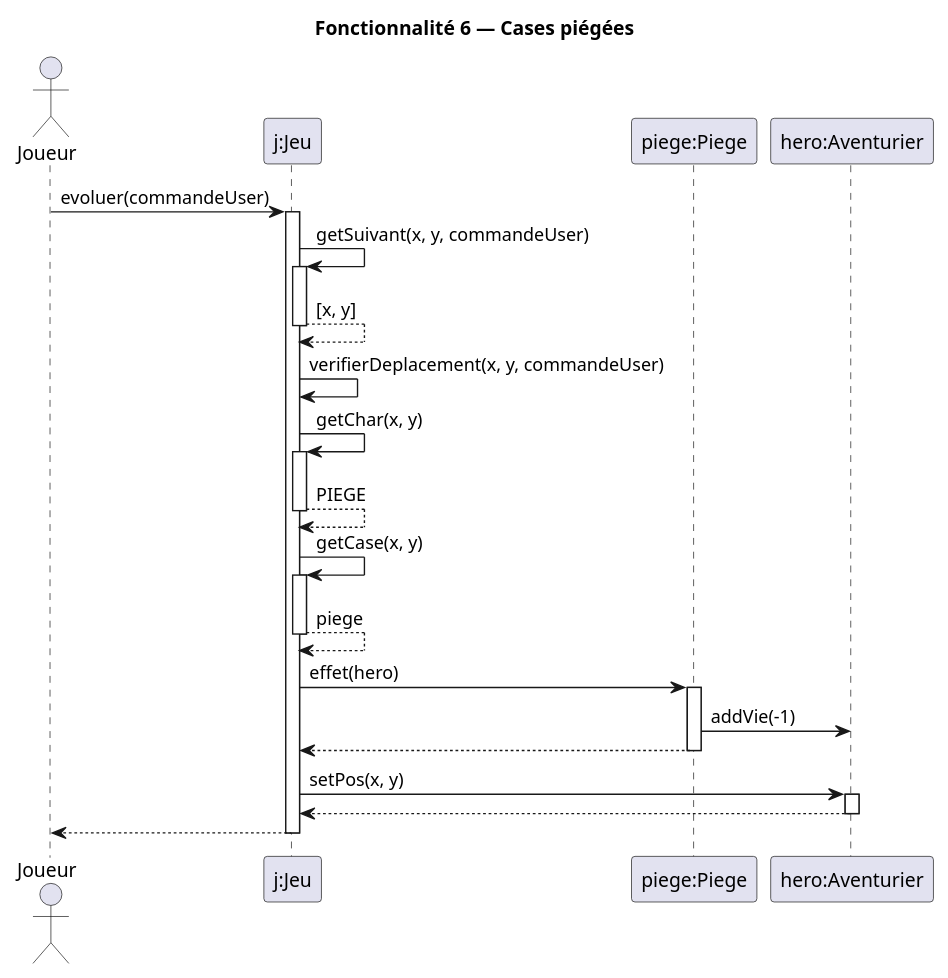
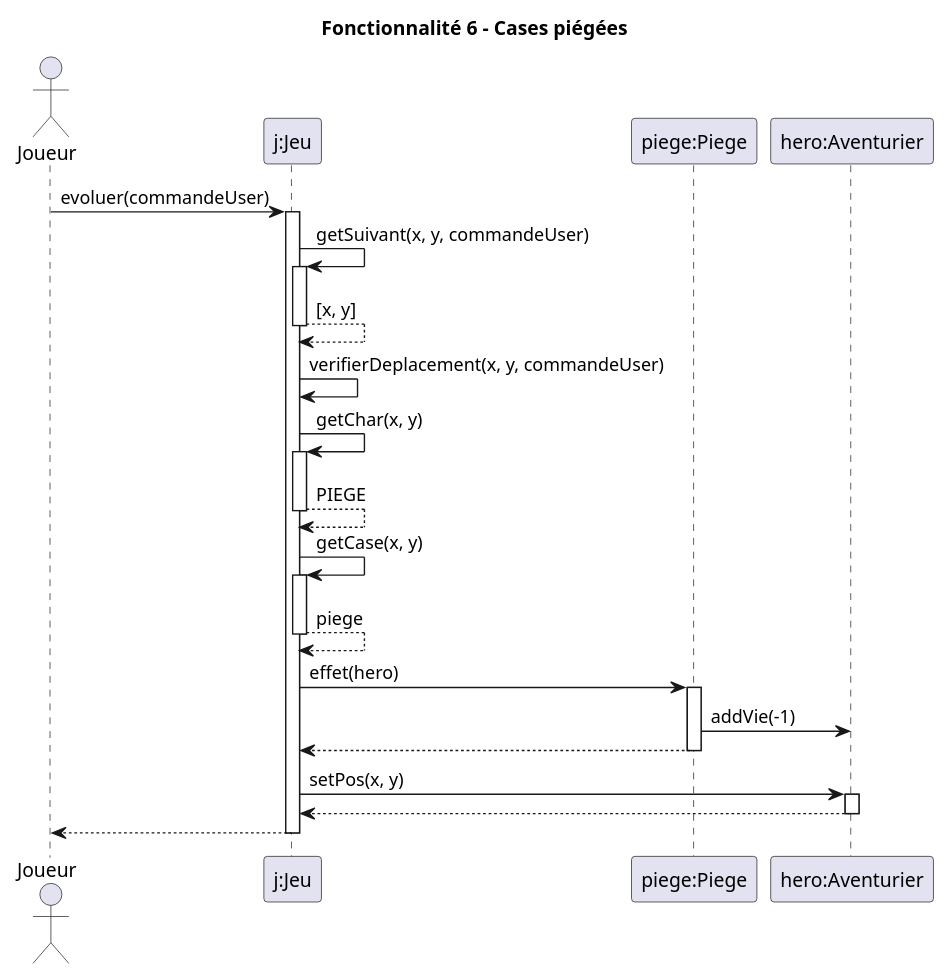
Before and after one commit to lucas-martinati-pro/SAE_S2.01_Zeldiablo-LucasM_JeanLM_PierreGSV: the diagram in projet_zeldiablo/documents/version_2/Diagrammes Séquence/Fonctionnalité 3.puml, drawn with PlantUML. The commit also changed 4 other files, not shown here.

Commit message:
change title of Diagrams

```diff
--- a/projet_zeldiablo/documents/version_2/Diagrammes Séquence/Fonctionnalité 3.puml
+++ b/projet_zeldiablo/documents/version_2/Diagrammes Séquence/Fonctionnalité 3.puml
@@ -1,44 +1,44 @@
 @startuml
-title Fonctionnalité 6 — Cases piégées
+title Fonctionnalité 6 - Cases piégées
 
 actor Joueur
 participant "j:Jeu" as Jeu
 participant "piege:Piege" as Piege
 participant "hero:Aventurier" as Hero
 
 Joueur -> Jeu : evoluer(commandeUser)
 activate Jeu
 
 Jeu -> Jeu : getSuivant(x, y, commandeUser)
 activate Jeu
 Jeu --> Jeu : [x, y]
 deactivate Jeu
 
 Jeu -> Jeu : verifierDeplacement(x, y, commandeUser)
 
 Jeu -> Jeu : getChar(x, y)
 activate Jeu
 Jeu --> Jeu : PIEGE
 deactivate Jeu
 
 Jeu -> Jeu : getCase(x, y)
 activate Jeu
 Jeu --> Jeu : piege
 deactivate Jeu
 
 Jeu -> Piege : effet(hero)
 activate Piege
 
 Piege -> Hero : addVie(-1)
 
 Piege --> Jeu
 deactivate Piege
 
 Jeu -> Hero : setPos(x, y)
 activate Hero
 Hero --> Jeu
 deactivate Hero
 
 Jeu --> Joueur
 deactivate Jeu
 @enduml
```
